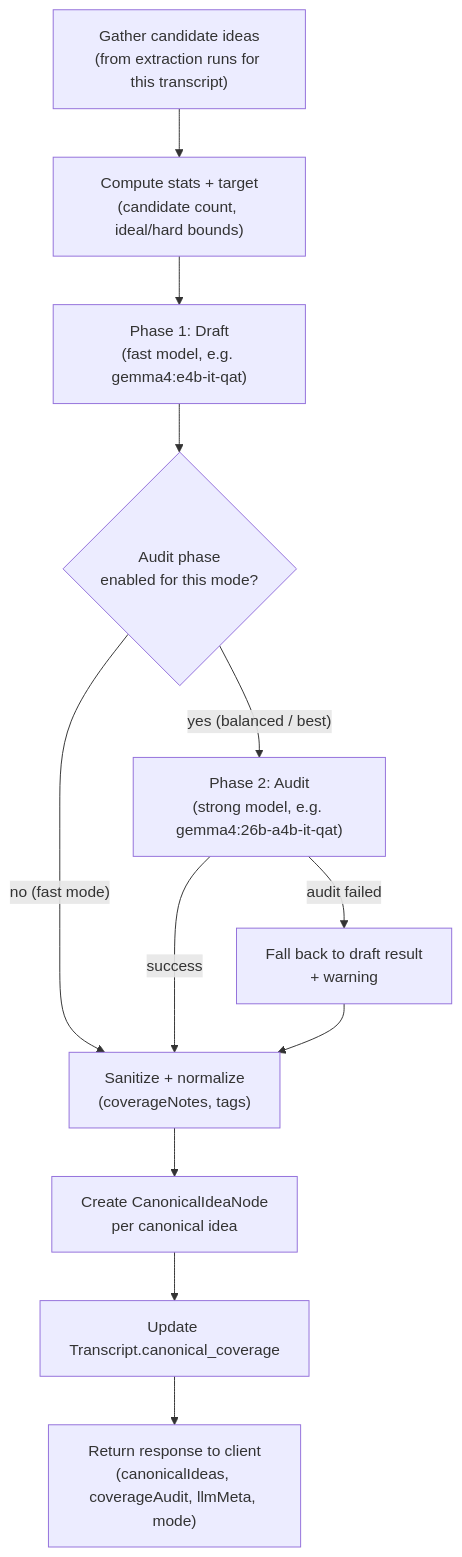
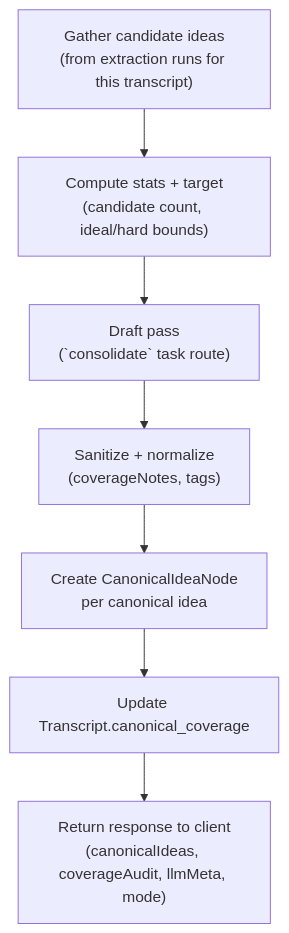
The second of 5 diagrams in docs/08_CANONICAL_IDEA_CONSOLIDATION.md (finografic/llaab), drawn with Mermaid before and after one commit. The commit also changed other lines of this file and 1 other file, not shown here.

First line of the commit message:
refactor(vault): run canonical consolidation as single 26b pass

````diff
--- a/docs/08_CANONICAL_IDEA_CONSOLIDATION.md
+++ b/docs/08_CANONICAL_IDEA_CONSOLIDATION.md
@@ -52,14 +53,9 @@
 ```mermaid
 flowchart TD
   A["Gather candidate ideas\n(from extraction runs for this transcript)"] --> B["Compute stats + target\n(candidate count, ideal/hard bounds)"]
-  B --> C["Phase 1: Draft\n(fast model, e.g. gemma4:e4b-it-qat)"]
-  C --> D{"Audit phase\nenabled for this mode?"}
-  D -- "no (fast mode)" --> F
-  D -- "yes (balanced / best)" --> E["Phase 2: Audit\n(strong model, e.g. gemma4:26b-a4b-it-qat)"]
-  E -- "success" --> F["Sanitize + normalize\n(coverageNotes, tags)"]
-  E -- "audit failed" --> F2["Fall back to draft result\n+ warning"]
-  F2 --> F
+  B --> C["Draft pass\n(`consolidate` task route)"]
+  C --> F["Sanitize + normalize\n(coverageNotes, tags)"]
   F --> G["Create CanonicalIdeaNode\nper canonical idea"]
   G --> H["Update Transcript.canonical_coverage"]
   H --> I["Return response to client\n(canonicalIdeas, coverageAudit, llmMeta, mode)"]
 ```
````
